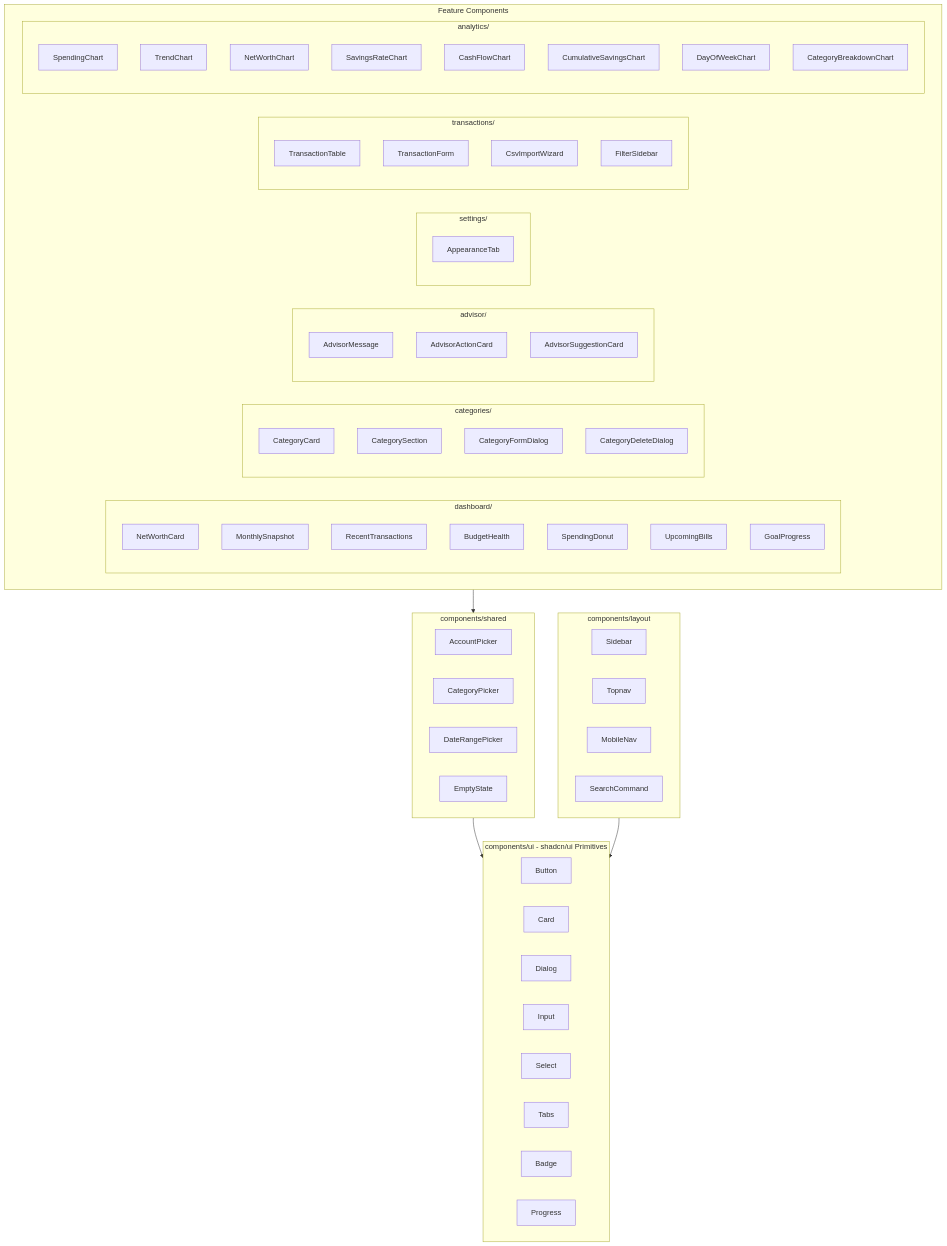
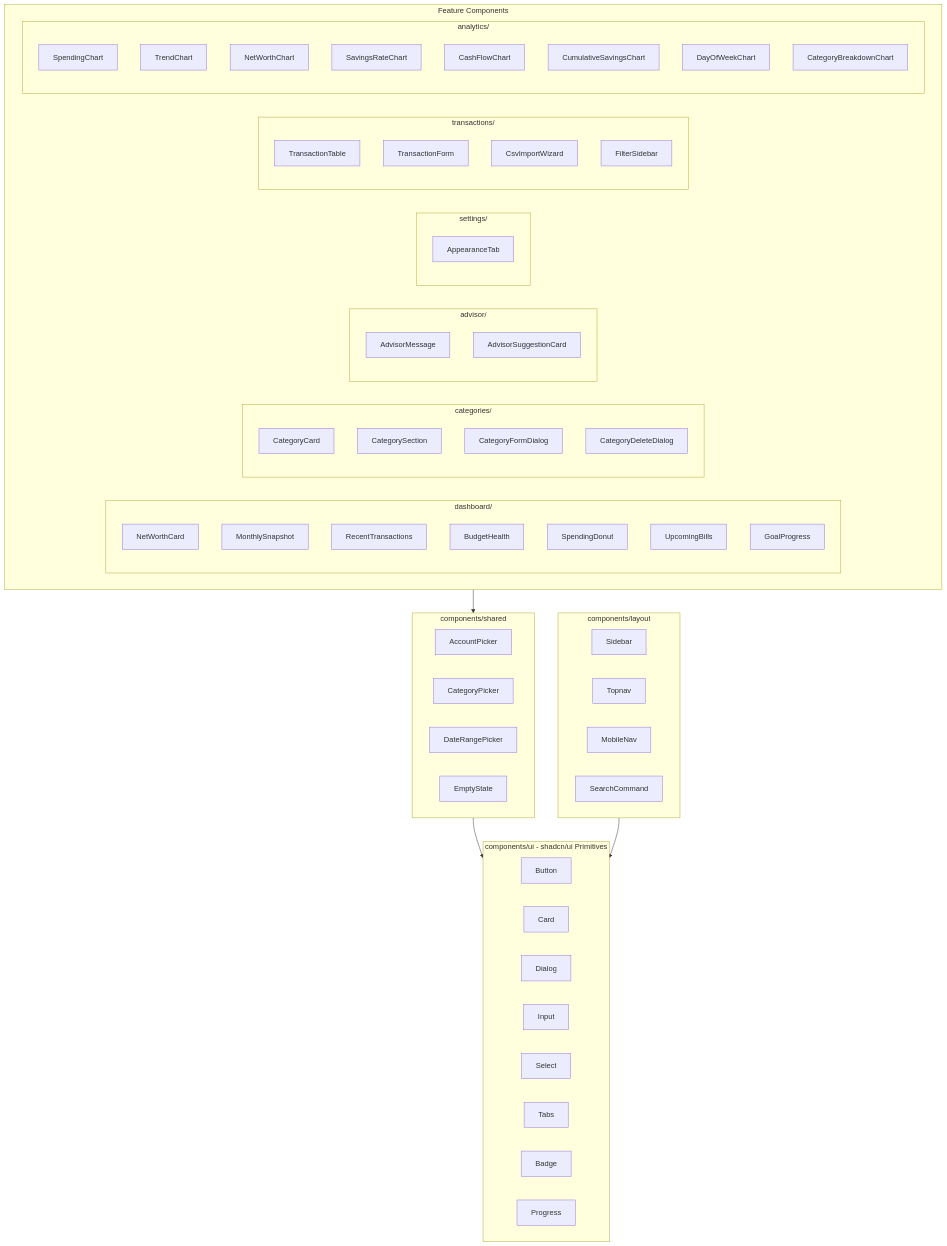
The tenth of 26 diagrams in ARCHITECTURE.md (hoangsonww/WealthWise-Finance-Tracker), drawn with Mermaid before and after one commit. The commit also changed other lines of this file and 15 other files, not shown here.

````diff
--- a/ARCHITECTURE.md
+++ b/ARCHITECTURE.md
@@ -535,41 +527,41 @@
 ```mermaid
 graph TD
     subgraph UI["components/ui - shadcn/ui Primitives"]
         BTN[Button] & CARD[Card] & DLG[Dialog] & INP[Input]
         SEL[Select] & TAB[Tabs] & BADGE[Badge] & PROG[Progress]
     end
 
     subgraph Layout["components/layout"]
         SIDE[Sidebar] & TOP[Topnav] & MOB[MobileNav] & SEARCH[SearchCommand]
     end
 
     subgraph Features["Feature Components"]
         subgraph Dash["dashboard/"]
             NW[NetWorthCard] & MS[MonthlySnapshot] & RT[RecentTransactions]
             BH[BudgetHealth] & SD[SpendingDonut] & UB[UpcomingBills] & GP[GoalProgress]
         end
         subgraph Cats["categories/"]
             CC[CategoryCard] & CS[CategorySection] & CFD[CategoryFormDialog] & CDD[CategoryDeleteDialog]
         end
         subgraph Adv["advisor/"]
-            AM[AdvisorMessage] & AAC[AdvisorActionCard] & ASC[AdvisorSuggestionCard]
+            AM[AdvisorMessage] & ASC[AdvisorSuggestionCard]
         end
         subgraph SettingsComp["settings/"]
             AT[AppearanceTab]
         end
         subgraph Trans["transactions/"]
             TT[TransactionTable] & TF[TransactionForm] & CSV[CsvImportWizard] & FS[FilterSidebar]
         end
         subgraph Charts["analytics/"]
             SC[SpendingChart] & TC[TrendChart] & NWC[NetWorthChart] & SRC[SavingsRateChart]
             CFC[CashFlowChart] & CSC[CumulativeSavingsChart] & DWC[DayOfWeekChart] & CBC[CategoryBreakdownChart]
         end
     end
 
     subgraph SharedComp["components/shared"]
         AP[AccountPicker] & CP[CategoryPicker] & DRP[DateRangePicker] & ES[EmptyState]
     end
 
     Features --> SharedComp --> UI
     Layout --> UI
 ```
````
